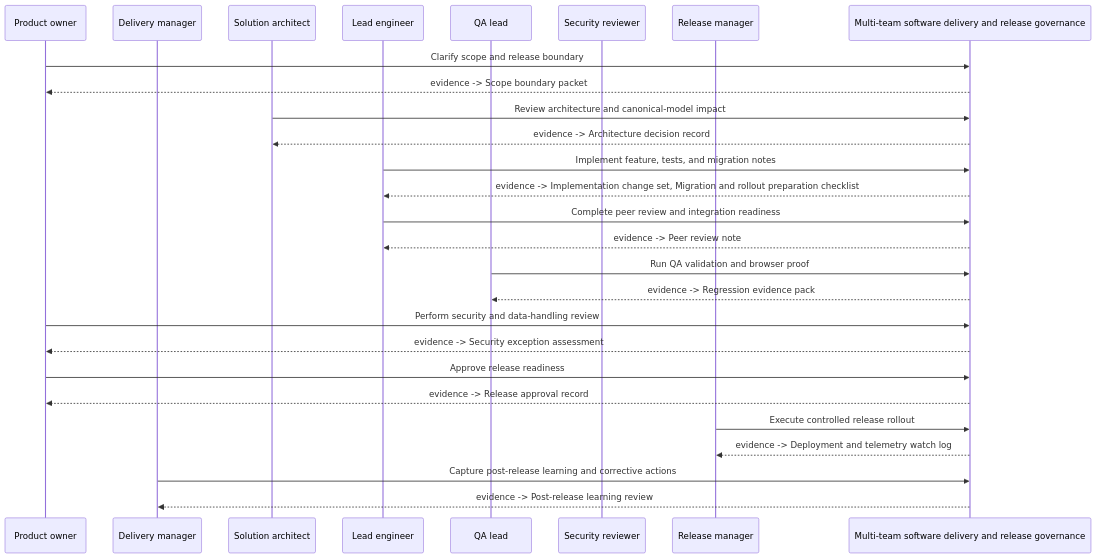
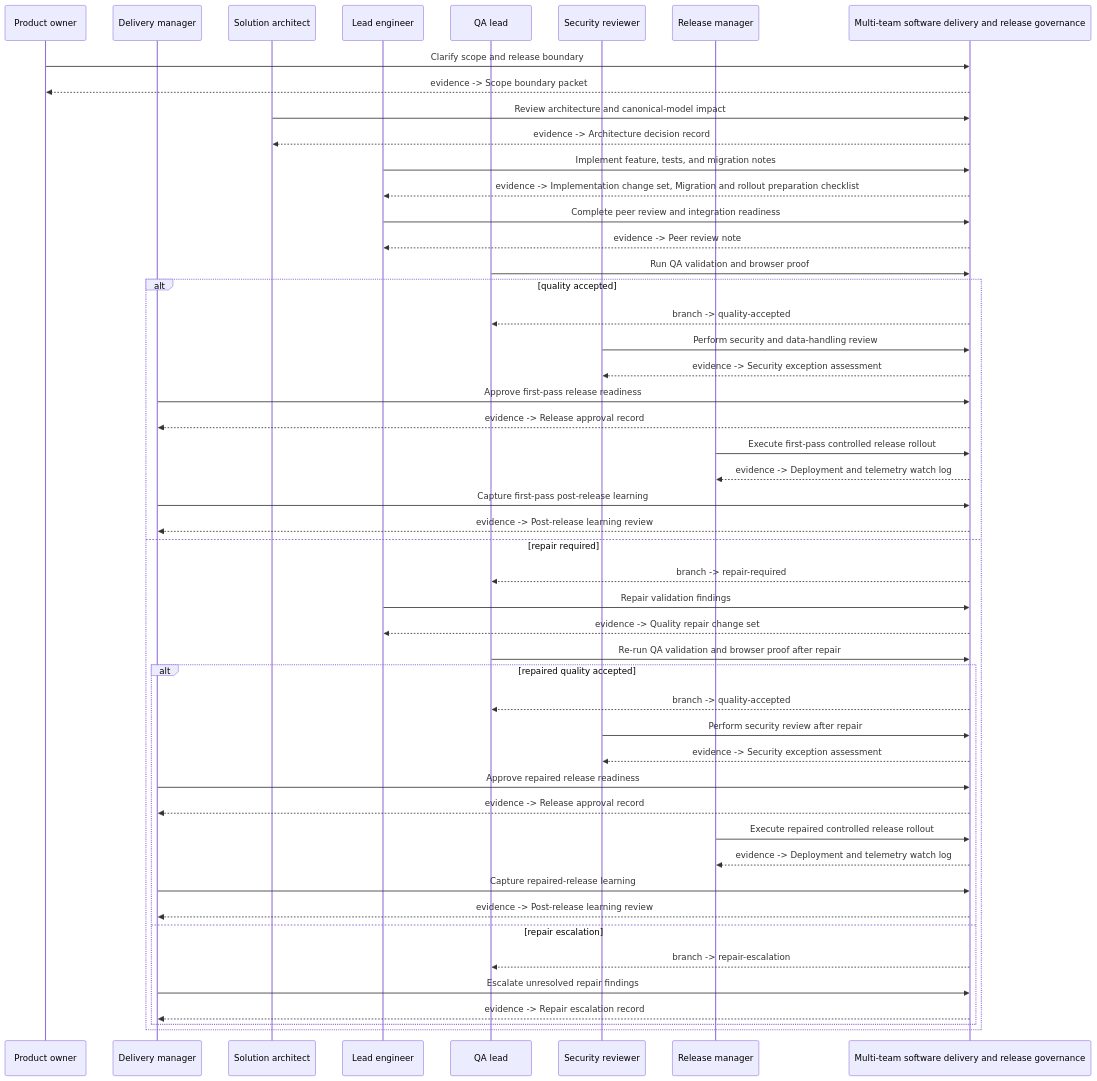
One commit to fyziktom/CanDoItAll changed the diagram in Templates/Processes/processes/software-delivery/mermaid/sequence.mmd. Above: the diagram before and after it, drawn with Mermaid. The commit also changed 311 other files, not shown here.

```diff
--- a/Templates/Processes/processes/software-delivery/mermaid/sequence.mmd
+++ b/Templates/Processes/processes/software-delivery/mermaid/sequence.mmd
@@ -1,28 +1,50 @@
 sequenceDiagram
 %% process-key: software-delivery
     participant role_product_owner as Product owner
     participant role_delivery_manager as Delivery manager
     participant role_solution_architect as Solution architect
     participant role_lead_engineer as Lead engineer
     participant role_qa_lead as QA lead
     participant role_security_reviewer as Security reviewer
     participant role_release_manager as Release manager
     participant system as Multi-team software delivery and release governance
     role_product_owner->>system: Clarify scope and release boundary
     system-->>role_product_owner: evidence -> Scope boundary packet
     role_solution_architect->>system: Review architecture and canonical-model impact
     system-->>role_solution_architect: evidence -> Architecture decision record
     role_lead_engineer->>system: Implement feature, tests, and migration notes
     system-->>role_lead_engineer: evidence -> Implementation change set, Migration and rollout preparation checklist
     role_lead_engineer->>system: Complete peer review and integration readiness
     system-->>role_lead_engineer: evidence -> Peer review note
     role_qa_lead->>system: Run QA validation and browser proof
-    system-->>role_qa_lead: evidence -> Regression evidence pack
-    role_product_owner->>system: Perform security and data-handling review
-    system-->>role_product_owner: evidence -> Security exception assessment
-    role_product_owner->>system: Approve release readiness
-    system-->>role_product_owner: evidence -> Release approval record
-    role_release_manager->>system: Execute controlled release rollout
-    system-->>role_release_manager: evidence -> Deployment and telemetry watch log
-    role_delivery_manager->>system: Capture post-release learning and corrective actions
-    system-->>role_delivery_manager: evidence -> Post-release learning review
+    alt quality accepted
+        system-->>role_qa_lead: branch -> quality-accepted
+        role_security_reviewer->>system: Perform security and data-handling review
+        system-->>role_security_reviewer: evidence -> Security exception assessment
+        role_delivery_manager->>system: Approve first-pass release readiness
+        system-->>role_delivery_manager: evidence -> Release approval record
+        role_release_manager->>system: Execute first-pass controlled release rollout
+        system-->>role_release_manager: evidence -> Deployment and telemetry watch log
+        role_delivery_manager->>system: Capture first-pass post-release learning
+        system-->>role_delivery_manager: evidence -> Post-release learning review
+    else repair required
+        system-->>role_qa_lead: branch -> repair-required
+        role_lead_engineer->>system: Repair validation findings
+        system-->>role_lead_engineer: evidence -> Quality repair change set
+        role_qa_lead->>system: Re-run QA validation and browser proof after repair
+        alt repaired quality accepted
+            system-->>role_qa_lead: branch -> quality-accepted
+            role_security_reviewer->>system: Perform security review after repair
+            system-->>role_security_reviewer: evidence -> Security exception assessment
+            role_delivery_manager->>system: Approve repaired release readiness
+            system-->>role_delivery_manager: evidence -> Release approval record
+            role_release_manager->>system: Execute repaired controlled release rollout
+            system-->>role_release_manager: evidence -> Deployment and telemetry watch log
+            role_delivery_manager->>system: Capture repaired-release learning
+            system-->>role_delivery_manager: evidence -> Post-release learning review
+        else repair escalation
+            system-->>role_qa_lead: branch -> repair-escalation
+            role_delivery_manager->>system: Escalate unresolved repair findings
+            system-->>role_delivery_manager: evidence -> Repair escalation record
+        end
+    end
```
